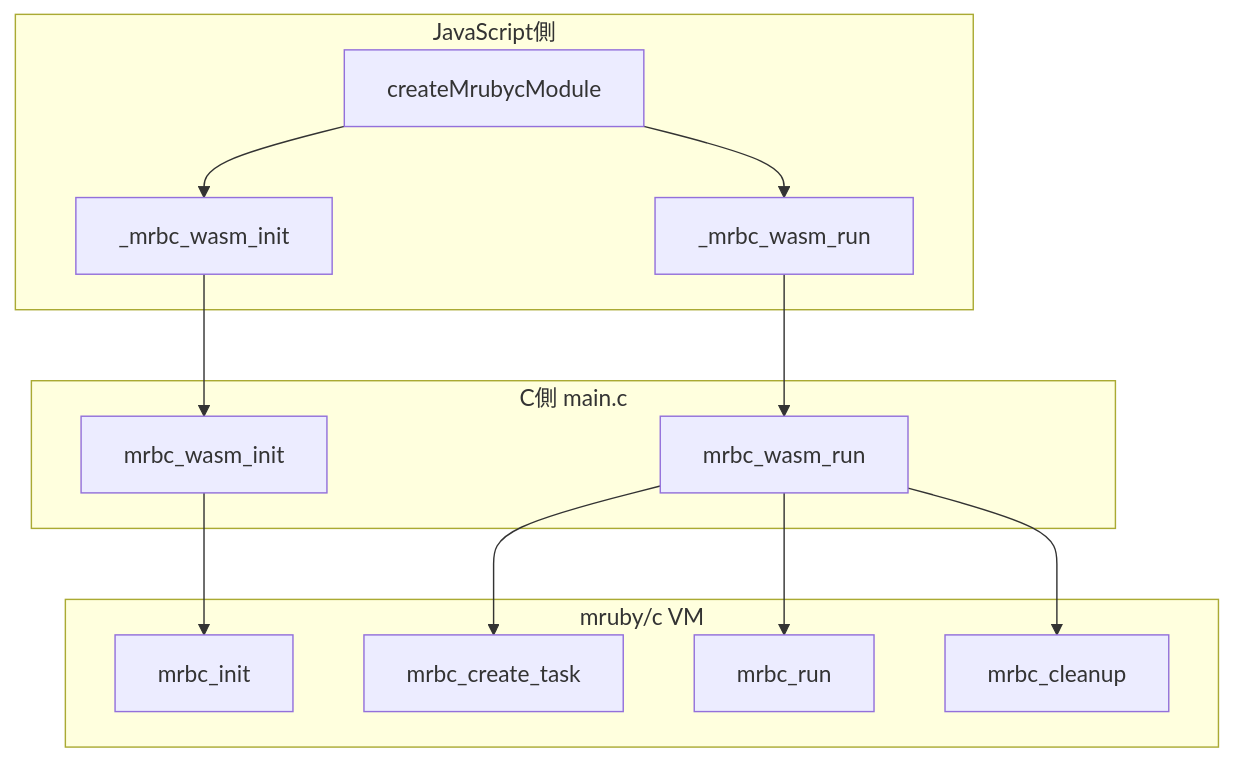
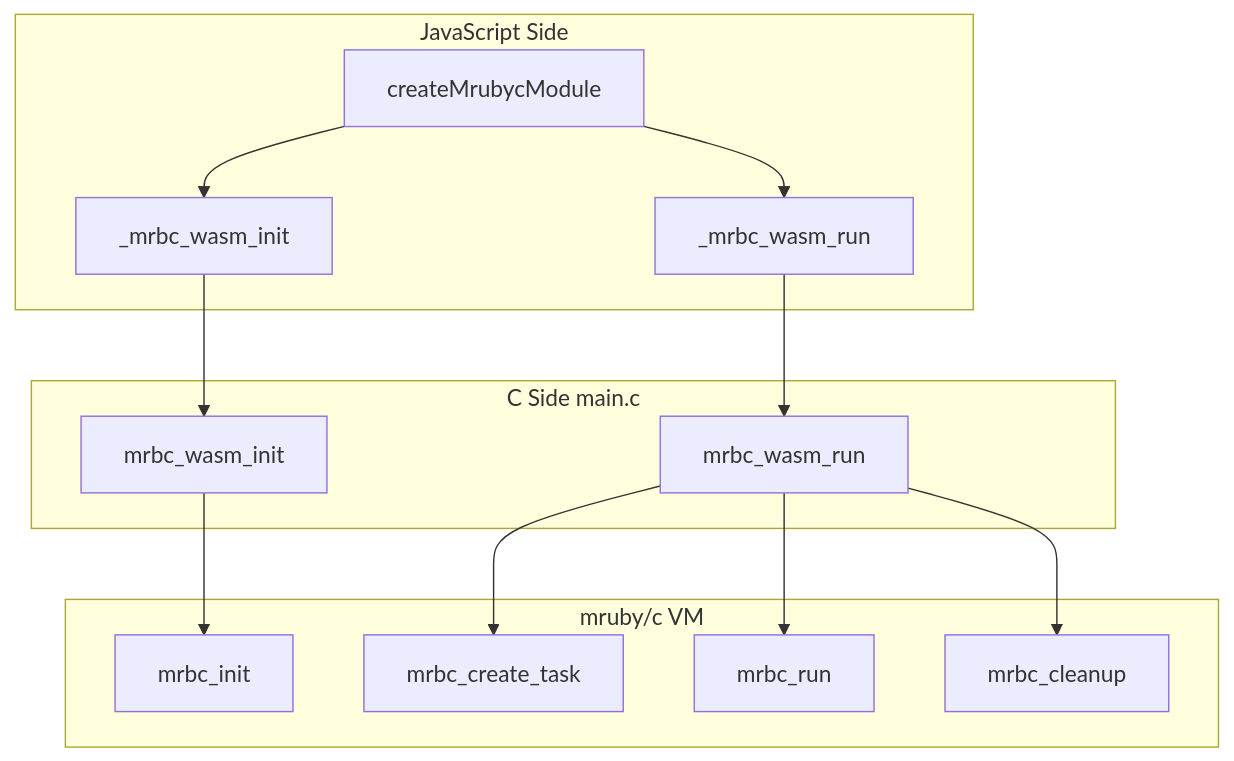
Before and after one commit to uist1idrju3i/study-WebSimulator: the fourth of 6 diagrams in README.md, drawn with Mermaid. The commit also changed other lines of this file, not shown here.

````diff
--- a/README.md
+++ b/README.md
@@ -191,29 +199,29 @@
 ```mermaid
 graph TB
-    subgraph "JavaScript側"
+    subgraph "JavaScript Side"
         A[createMrubycModule]
         B[_mrbc_wasm_init]
         C[_mrbc_wasm_run]
     end
     
-    subgraph "C側 main.c"
+    subgraph "C Side main.c"
         E[mrbc_wasm_init]
         F[mrbc_wasm_run]
     end
     
     subgraph "mruby/c VM"
         H[mrbc_init]
         I[mrbc_create_task]
         J[mrbc_run]
         K[mrbc_cleanup]
     end
     
     A --> B
     A --> C
     B --> E
     C --> F
     E --> H
     F --> I
     F --> J
     F --> K
 ```
````
